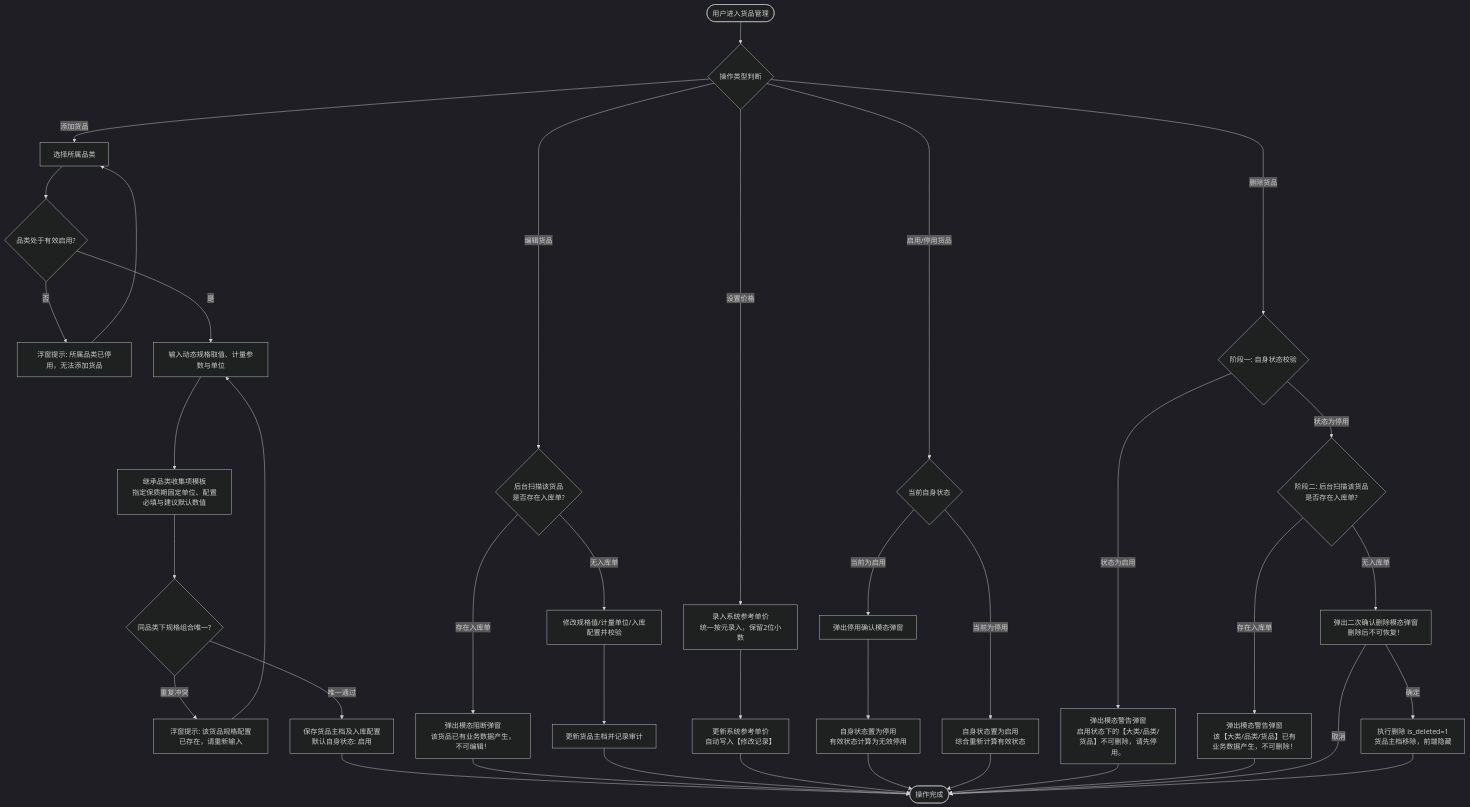
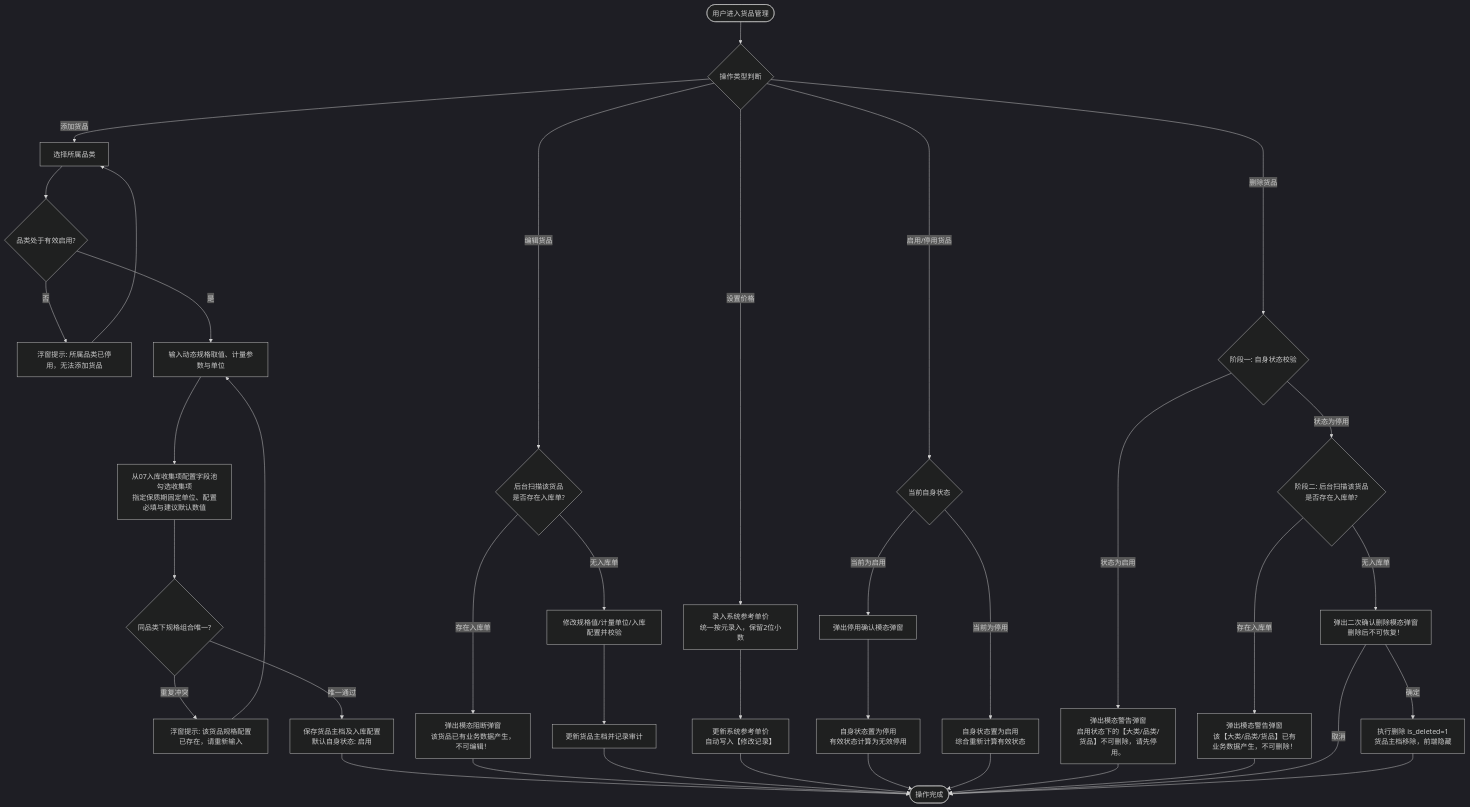
One commit to RobertHuang999/SYZC changed the first of 3 diagrams in 02-PRD文档/B-迭代需求/6.3版本（2026.09）/06-货品规格管理-货品管理/货品管理业务规则规格.md. Above: the diagram before and after it, drawn with Mermaid (dark theme). The commit also changed other lines of this file and 81 other files, not shown here.

````diff
--- a/02-PRD文档/B-迭代需求/6.3版本（2026.09）/06-货品规格管理-货品管理/货品管理业务规则规格.md
+++ b/02-PRD文档/B-迭代需求/6.3版本（2026.09）/06-货品规格管理-货品管理/货品管理业务规则规格.md
@@ -175,39 +176,39 @@
 ```mermaid
 flowchart TD
     Start([用户进入货品管理]) --> OpType{操作类型判断}
 
     %% 1. 添加货品分支
     OpType -- 添加货品 --> SelectSubCat[选择所属品类]
     SelectSubCat --> CheckSubState{品类处于有效启用?}
     CheckSubState -- 否 --> ToastErrSub[浮窗提示: 所属品类已停用，无法添加货品] --> SelectSubCat
     CheckSubState -- 是 --> InputSKU[输入动态规格取值、计量参数与单位]
-    InputSKU --> ConfigInbound[继承品类收集项模板<br/>指定保质期固定单位、配置必填与建议默认数值]
+    InputSKU --> ConfigInbound[从07入库收集项配置字段池勾选收集项<br/>指定保质期固定单位、配置必填与建议默认数值]
     ConfigInbound --> CheckSKUUnique{同品类下规格组合唯一?}
     CheckSKUUnique -- 重复冲突 --> ToastErrSKU[浮窗提示: 该货品规格配置已存在，请重新输入] --> InputSKU
     CheckSKUUnique -- 唯一通过 --> SaveSKU[保存货品主档及入库配置<br/>默认自身状态: 启用] --> End([操作完成])
 
     %% 2. 编辑货品分支
     OpType -- 编辑货品 --> CheckInboundEdit{后台扫描该货品<br/>是否存在入库单?}
     CheckInboundEdit -- 存在入库单 --> ModalBlockEdit[弹出模态阻断弹窗<br/>该货品已有业务数据产生，不可编辑！] --> End
     CheckInboundEdit -- 无入库单 --> EditSKUData[修改规格值/计量单位/入库配置并校验]
     EditSKUData --> SaveEdit[更新货品主档并记录审计] --> End
 
     %% 3. 设价分支
     OpType -- 设置价格 --> InputPrice[录入系统参考单价<br/>统一按元录入，保留2位小数]
     InputPrice --> SavePrice[更新系统参考单价<br/>自动写入【修改记录】] --> End
 
     %% 4. 启停用货品分支
     OpType -- 启用/停用货品 --> StatusJudge{当前自身状态}
     StatusJudge -- 当前为启用 --> ConfirmDisable[弹出停用确认模态弹窗]
     ConfirmDisable --> DoDisable[自身状态置为停用<br/>有效状态计算为无效停用] --> End
     StatusJudge -- 当前为停用 --> DoEnable[自身状态置为启用<br/>综合重新计算有效状态] --> End
 
     %% 5. 删除货品分支
     OpType -- 删除货品 --> Phase1{阶段一: 自身状态校验}
     Phase1 -- 状态为启用 --> BlockEnableDel[弹出模态警告弹窗<br/>启用状态下的【大类/品类/货品】不可删除，请先停用。] --> End
     Phase1 -- 状态为停用 --> Phase2{阶段二: 后台扫描该货品<br/>是否存在入库单?}
     Phase2 -- 存在入库单 --> BlockInboundDel[弹出模态警告弹窗<br/>该【大类/品类/货品】已有业务数据产生，不可删除！] --> End
     Phase2 -- 无入库单 --> ConfirmDelModal[弹出二次确认删除模态弹窗<br/>删除后不可恢复！]
     ConfirmDelModal -- 取消 --> End
     ConfirmDelModal -- 确定 --> CascadeDel[执行删除 is_deleted=1<br/>货品主档移除，前端隐藏] --> End
 ```
````
